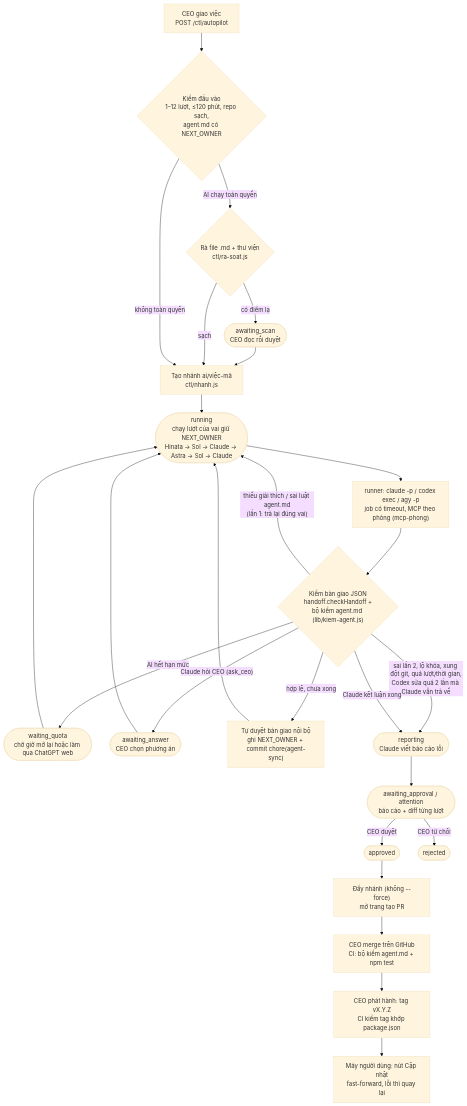
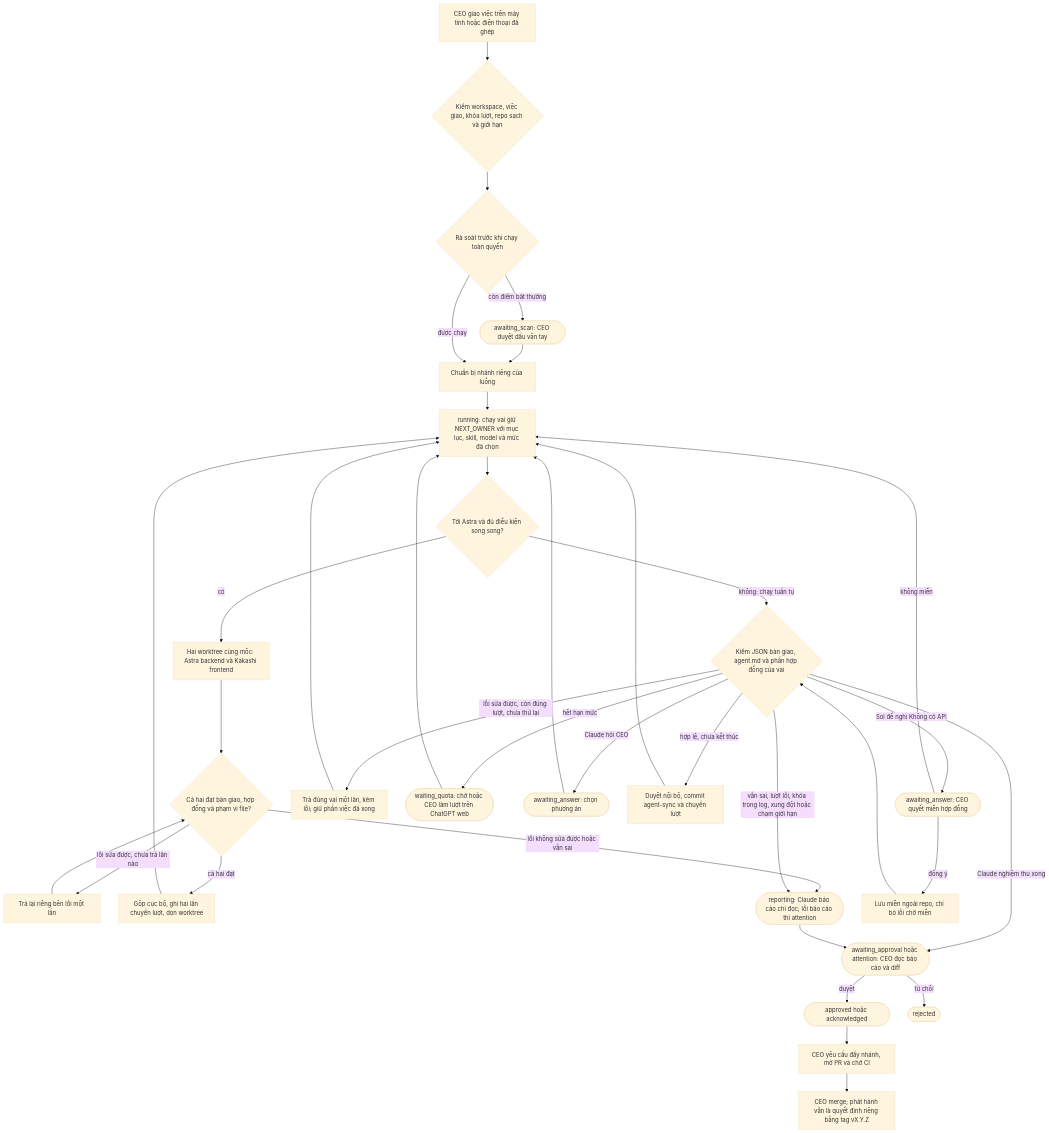
The second of 10 diagrams in docs/BAN-DO-HE-THONG.md (Thequancute215-sys/V-n-ph-ng-ch-nh-ph-), drawn with Mermaid (base theme) before and after one commit. The commit also changed other lines of this file and 9 other files, not shown here.

First line of the commit message:
Bản đồ hệ thống tự cập nhật bằng Codex Sol medium; vẽ lại bản đồ tới 3c00106

````diff
--- a/docs/BAN-DO-HE-THONG.md
+++ b/docs/BAN-DO-HE-THONG.md
@@ -63,21 +65,37 @@
 ```mermaid
 flowchart TD
-  A["CEO giao việc<br/>POST /ctl/autopilot"] --> B{"Kiểm đầu vào<br/>1–12 lượt, ≤120 phút, repo sạch,<br/>agent.md có NEXT_OWNER"}
-  B -->|"AI chạy toàn quyền"| S{"Rà file .md + thư viện<br/>ctl/ra-soat.js"}
-  S -->|"có điểm lạ"| SA(["awaiting_scan<br/>CEO đọc rồi duyệt"]) --> C
-  S -->|"sạch"| C["Tạo nhánh ai/việc-mã<br/>ctl/nhanh.js"]
-  B -->|"không toàn quyền"| C
-  C --> L(["running<br/>chạy lượt của vai giữ NEXT_OWNER<br/>Hinata → Sol → Claude → Astra → Sol → Claude"])
-  L --> R["runner: claude -p / codex exec / agy -p<br/>job có timeout, MCP theo phòng (mcp-phong)"]
-  R --> H{"Kiểm bàn giao JSON<br/>handoff.checkHandoff +<br/>bộ kiểm agent.md (lib/kiem-agent.js)"}
-  H -->|"thiếu giải thích / sai luật agent.md<br/>(lần 1: trả lại đúng vai)"| L
-  H -->|"AI hết hạn mức"| Q(["waiting_quota<br/>chờ giờ mở lại hoặc làm qua ChatGPT web"]) --> L
-  H -->|"Claude hỏi CEO (ask_ceo)"| AQ(["awaiting_answer<br/>CEO chọn phương án"]) --> L
-  H -->|"hợp lệ, chưa xong"| AU["Tự duyệt bàn giao nội bộ<br/>ghi NEXT_OWNER + commit chore(agent-sync)"] --> L
-  H -->|"sai lần 2, lộ khóa, xung đột git, quá lượt/thời gian,<br/>Codex sửa quá 2 lần mà Claude vẫn trả về"| X(["reporting<br/>Claude viết báo cáo lỗi"])
-  H -->|"Claude kết luận xong"| X
-  X --> AP(["awaiting_approval / attention<br/>báo cáo + diff từng lượt"])
-  AP -->|"CEO duyệt"| OK(["approved"]) --> P["Đẩy nhánh (không --force)<br/>mở trang tạo PR"] --> M["CEO merge trên GitHub<br/>CI: bộ kiểm agent.md + npm test"]
-  AP -->|"CEO từ chối"| Z(["rejected"])
-  M --> T["CEO phát hành: tag vX.Y.Z<br/>CI kiểm tag khớp package.json"] --> U["Máy người dùng: nút Cập nhật<br/>fast-forward, lỗi thì quay lại"]
+  A["CEO giao việc trên máy tính hoặc điện thoại đã ghép"] --> B{"Kiểm workspace, việc giao, khóa lượt, repo sạch và giới hạn"}
+  B --> C{"Rà soát trước khi chạy toàn quyền"}
+  C -->|"còn điểm bất thường"| SC(["awaiting_scan: CEO duyệt dấu vân tay"])
+  SC --> D
+  C -->|"được chạy"| D["Chuẩn bị nhánh riêng của luồng"]
+  D --> L["running: chạy vai giữ NEXT_OWNER với mục lục, skill, model và mức đã chọn"]
+  L --> S{"Tới Astra và đủ điều kiện song song?"}
+  S -->|"có"| SS["Hai worktree cùng mốc: Astra backend và Kakashi frontend"]
+  SS --> SP{"Cả hai đạt bàn giao, hợp đồng và phạm vi file?"}
+  SP -->|"lỗi sửa được, chưa trả lần nào"| SR["Trả lại riêng bên lỗi một lần"]
+  SR --> SP
+  SP -->|"cả hai đạt"| SM["Gộp cục bộ, ghi hai lần chuyển lượt, dọn worktree"]
+  SM --> L
+  SP -->|"lỗi không sửa được hoặc vẫn sai"| X
+  S -->|"không: chạy tuần tự"| H{"Kiểm JSON bàn giao, agent.md và phần hợp đồng của vai"}
+  H -->|"Sol đề nghị Không có API"| M(["awaiting_answer: CEO quyết miễn hợp đồng"])
+  M -->|"đồng ý"| MA["Lưu miễn ngoài repo, chỉ bỏ lỗi chờ miễn"]
+  MA --> H
+  M -->|"không miễn"| L
+  H -->|"lỗi sửa được, còn đúng lượt, chưa thử lại"| R["Trả đúng vai một lần, kèm lỗi; giữ phần việc đã xong"]
+  R --> L
+  H -->|"hết hạn mức"| Q(["waiting_quota: chờ hoặc CEO làm lượt trên ChatGPT web"])
+  Q --> L
+  H -->|"Claude hỏi CEO"| AQ(["awaiting_answer: chọn phương án"])
+  AQ --> L
+  H -->|"hợp lệ, chưa kết thúc"| AU["Duyệt nội bộ, commit agent-sync và chuyển lượt"]
+  AU --> L
+  H -->|"Claude nghiệm thu xong"| AP
+  H -->|"vẫn sai, lượt lỗi, khóa trong log, xung đột hoặc chạm giới hạn"| X(["reporting: Claude báo cáo chỉ đọc; lỗi báo cáo thì attention"])
+  X --> AP(["awaiting_approval hoặc attention: CEO đọc báo cáo và diff"])
+  AP -->|"duyệt"| OK(["approved hoặc acknowledged"])
+  AP -->|"từ chối"| NO(["rejected"])
+  OK --> P["CEO yêu cầu đẩy nhánh, mở PR và chờ CI"]
+  P --> V["CEO merge; phát hành vẫn là quyết định riêng bằng tag vX.Y.Z"]
 ```
````
